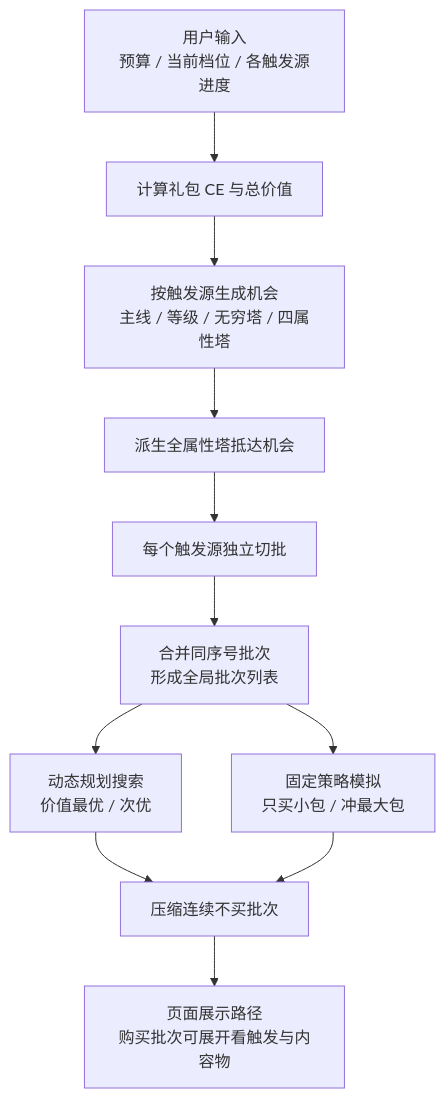
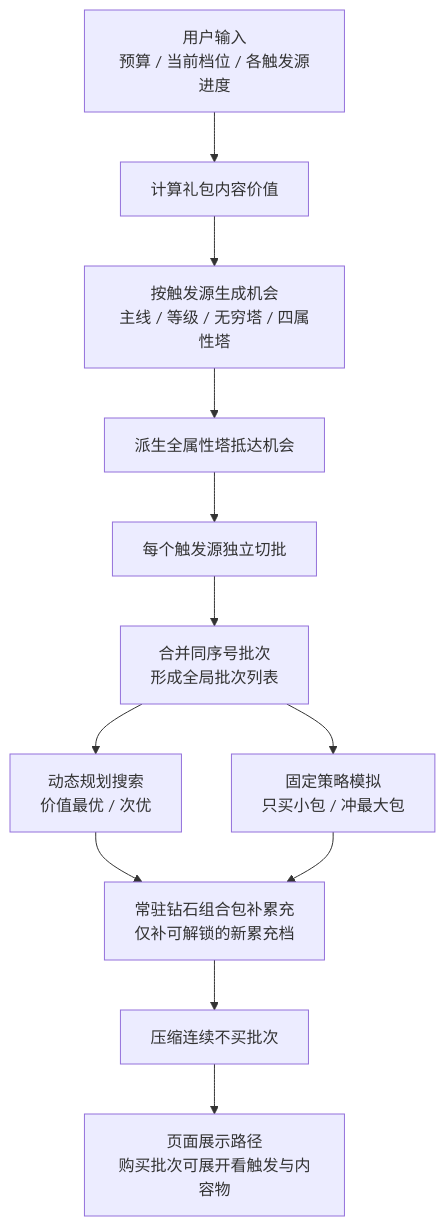
One commit to hitazuki/mementomori-calculator changed the first of 4 diagrams in doc/items/UltraSalePack/path-planning-visual.md. Above: the diagram before and after it, drawn with Mermaid. The commit also changed other lines of this file and 7 other files, not shown here.

````diff
--- a/doc/items/UltraSalePack/path-planning-visual.md
+++ b/doc/items/UltraSalePack/path-planning-visual.md
@@ -7,13 +7,14 @@
 ```mermaid
 flowchart TD
-  A["用户输入<br/>预算 / 当前档位 / 各触发源进度"] --> B["计算礼包 CE 与总价值"]
+  A["用户输入<br/>预算 / 当前档位 / 各触发源进度"] --> B["计算礼包内容价值"]
   B --> C["按触发源生成机会<br/>主线 / 等级 / 无穷塔 / 四属性塔"]
   C --> D["派生全属性塔抵达机会"]
   D --> E["每个触发源独立切批"]
   E --> F["合并同序号批次<br/>形成全局批次列表"]
   F --> G["动态规划搜索<br/>价值最优 / 次优"]
   F --> H["固定策略模拟<br/>只买小包 / 冲最大包"]
-  G --> I["压缩连续不买批次"]
+  G --> I["常驻钻石组合包补累充<br/>仅补可解锁的新累充档"]
   H --> I
-  I --> J["页面展示路径<br/>购买批次可展开看触发与内容物"]
+  I --> J["压缩连续不买批次"]
+  J --> K["页面展示路径<br/>购买批次可展开看触发与内容物"]
 ```
````
